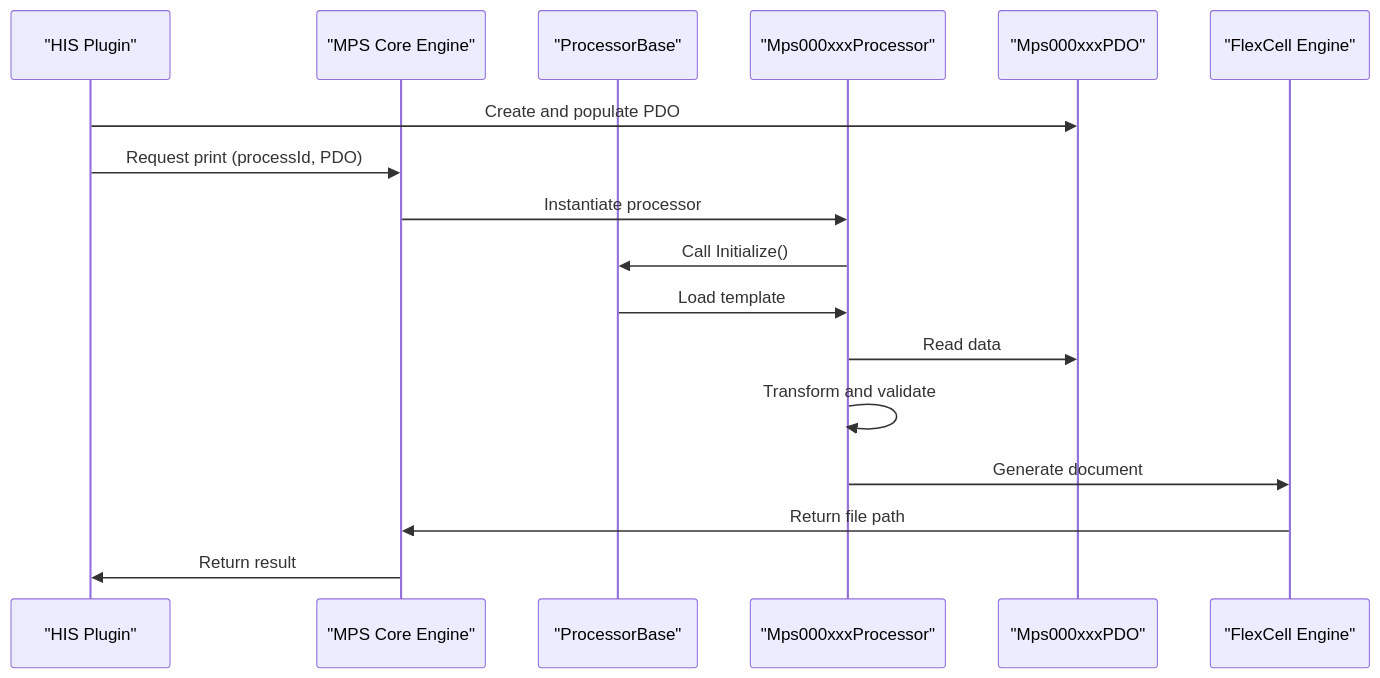
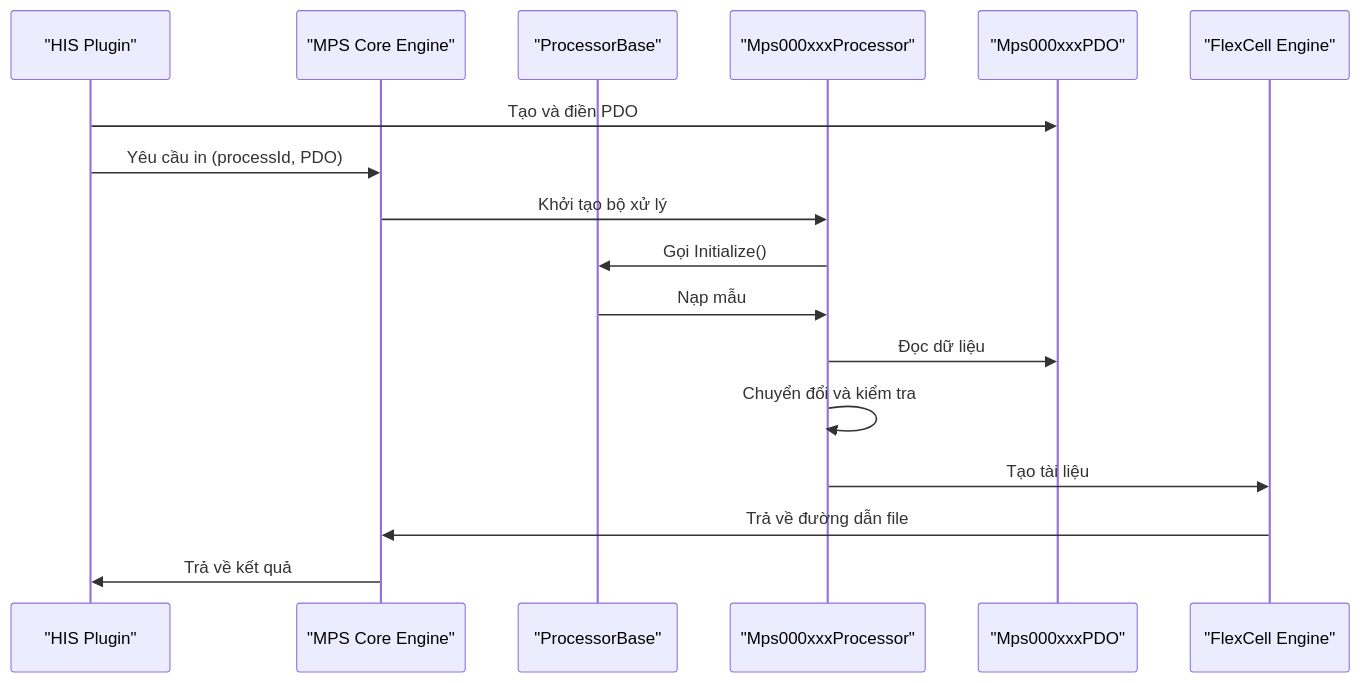
Before and after one commit to thangpnb/HIS: diagram 13 of 32 in docs/his-ba-documentation/04-integrations/notifications-events.md, drawn with Mermaid. The commit also changed other lines of this file and 30 other files, not shown here.

Commit message:
Refactor architecture docs and update translations

````diff
--- a/docs/his-ba-documentation/04-integrations/notifications-events.md
+++ b/docs/his-ba-documentation/04-integrations/notifications-events.md
@@ -844,20 +841,20 @@
 ```mermaid
 sequenceDiagram
     participant Plugin as "HIS Plugin"
     participant MPSCore as "MPS Core Engine"
     participant ProcessorBase as "ProcessorBase"
     participant Processor as "Mps000xxxProcessor"
     participant PDO as "Mps000xxxPDO"
     participant FlexCell as "FlexCell Engine"
     
-    Plugin->>PDO: Create and populate PDO
-    Plugin->>MPSCore: Request print (processId, PDO)
-    MPSCore->>Processor: Instantiate processor
-    Processor->>ProcessorBase: Call Initialize()
-    ProcessorBase->>Processor: Load template
-    Processor->>PDO: Read data
-    Processor->>Processor: Transform and validate
-    Processor->>FlexCell: Generate document
-    FlexCell->>MPSCore: Return file path
-    MPSCore->>Plugin: Return result
+    Plugin->>PDO: Tạo và điền PDO
+    Plugin->>MPSCore: Yêu cầu in (processId, PDO)
+    MPSCore->>Processor: Khởi tạo bộ xử lý
+    Processor->>ProcessorBase: Gọi Initialize()
+    ProcessorBase->>Processor: Nạp mẫu
+    Processor->>PDO: Đọc dữ liệu
+    Processor->>Processor: Chuyển đổi và kiểm tra
+    Processor->>FlexCell: Tạo tài liệu
+    FlexCell->>MPSCore: Trả về đường dẫn file
+    MPSCore->>Plugin: Trả về kết quả
 ```
````
